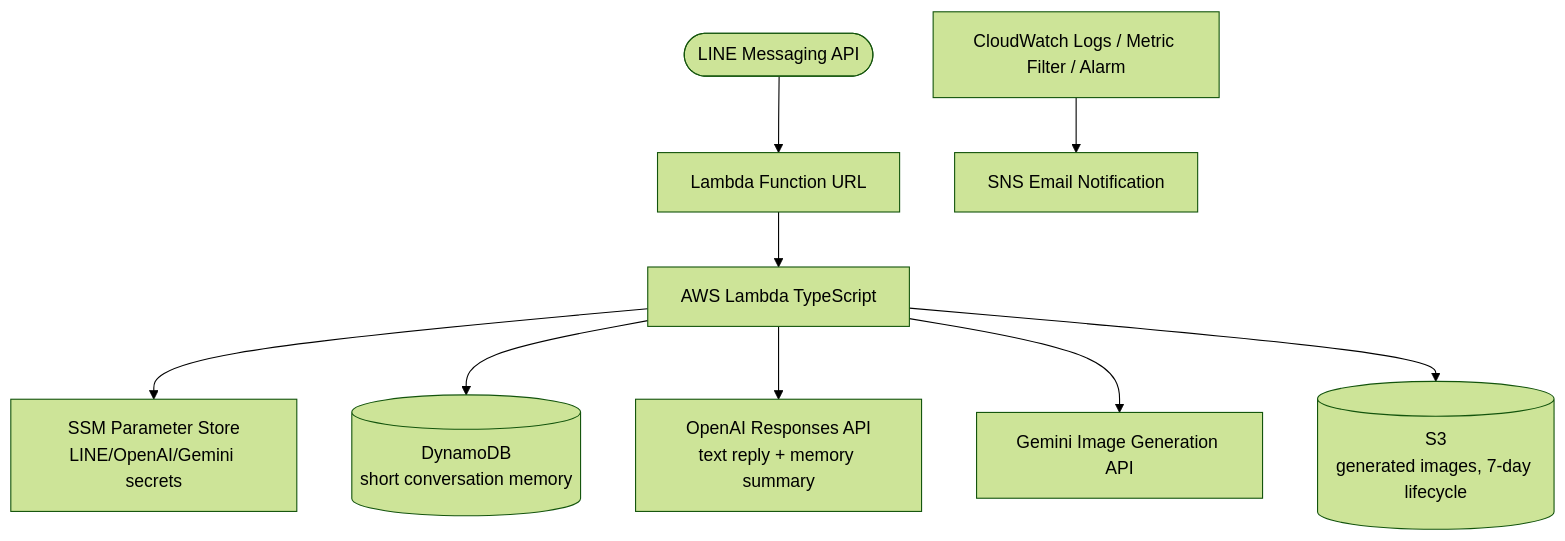
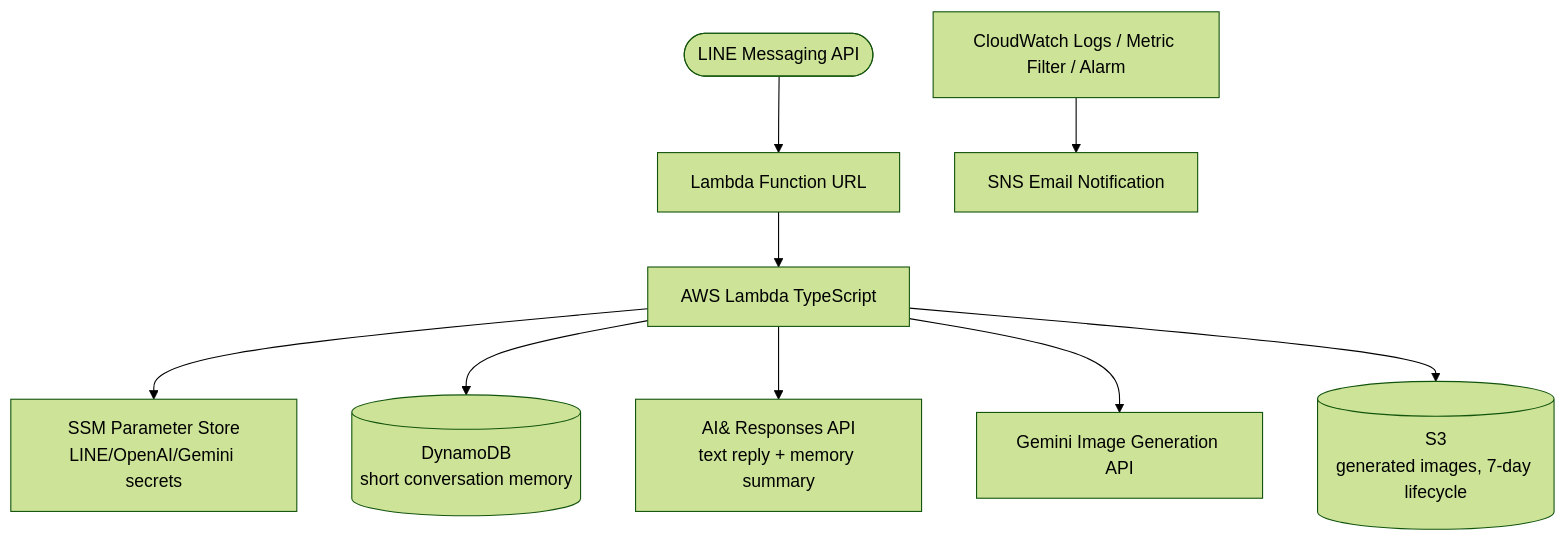
The diagram in README.md (TORIFUKUKaiou/line-bot-cdk), drawn with Mermaid (forest theme) before and after one commit. The commit also changed other lines of this file and 6 other files, not shown here.

First line of the commit message:
feat: migrate from OpenAI to AIAND API and update model name

````diff
--- a/README.md
+++ b/README.md
@@ -9,13 +9,13 @@
 ```mermaid
 flowchart TD
     LINE([LINE Messaging API]) --> LFU[Lambda Function URL]
     LFU --> Lambda[AWS Lambda TypeScript]
 
     Lambda --> SSM[SSM Parameter Store<br/>LINE/OpenAI/Gemini secrets]
     Lambda --> DynamoDB[(DynamoDB<br/>short conversation memory)]
-    Lambda --> OpenAI[OpenAI Responses API<br/>text reply + memory summary]
+    Lambda --> AIAND[AI&amp; Responses API<br/>text reply + memory summary]
     Lambda --> Gemini[Gemini Image Generation API]
     Lambda --> S3[(S3<br/>generated images, 7-day lifecycle)]
 
     CW[CloudWatch Logs / Metric Filter / Alarm] --> SNS[SNS Email Notification]
 ```
````
